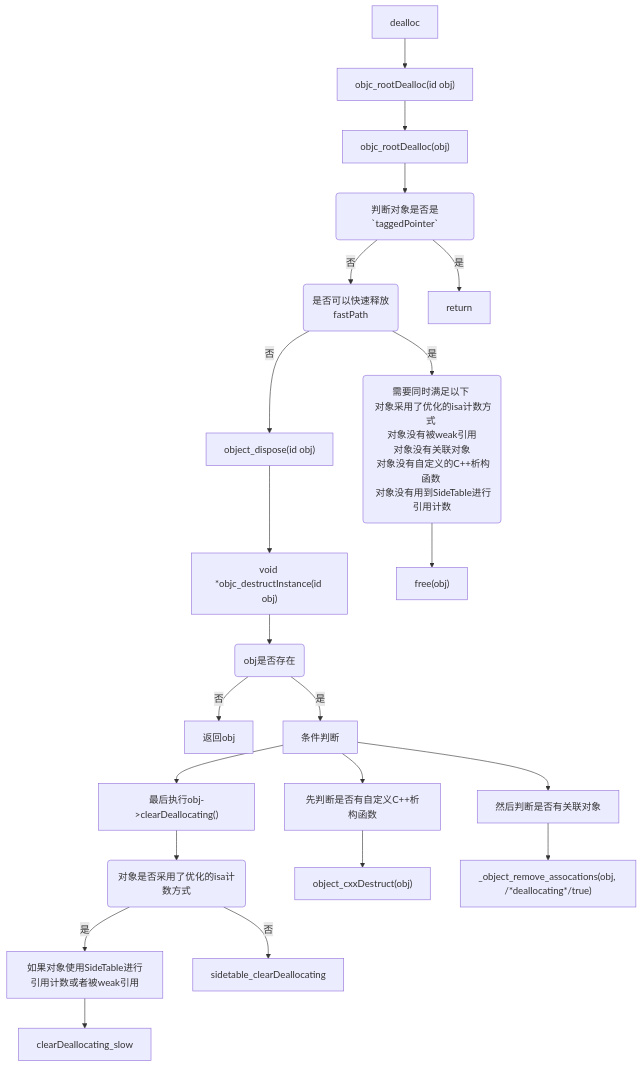
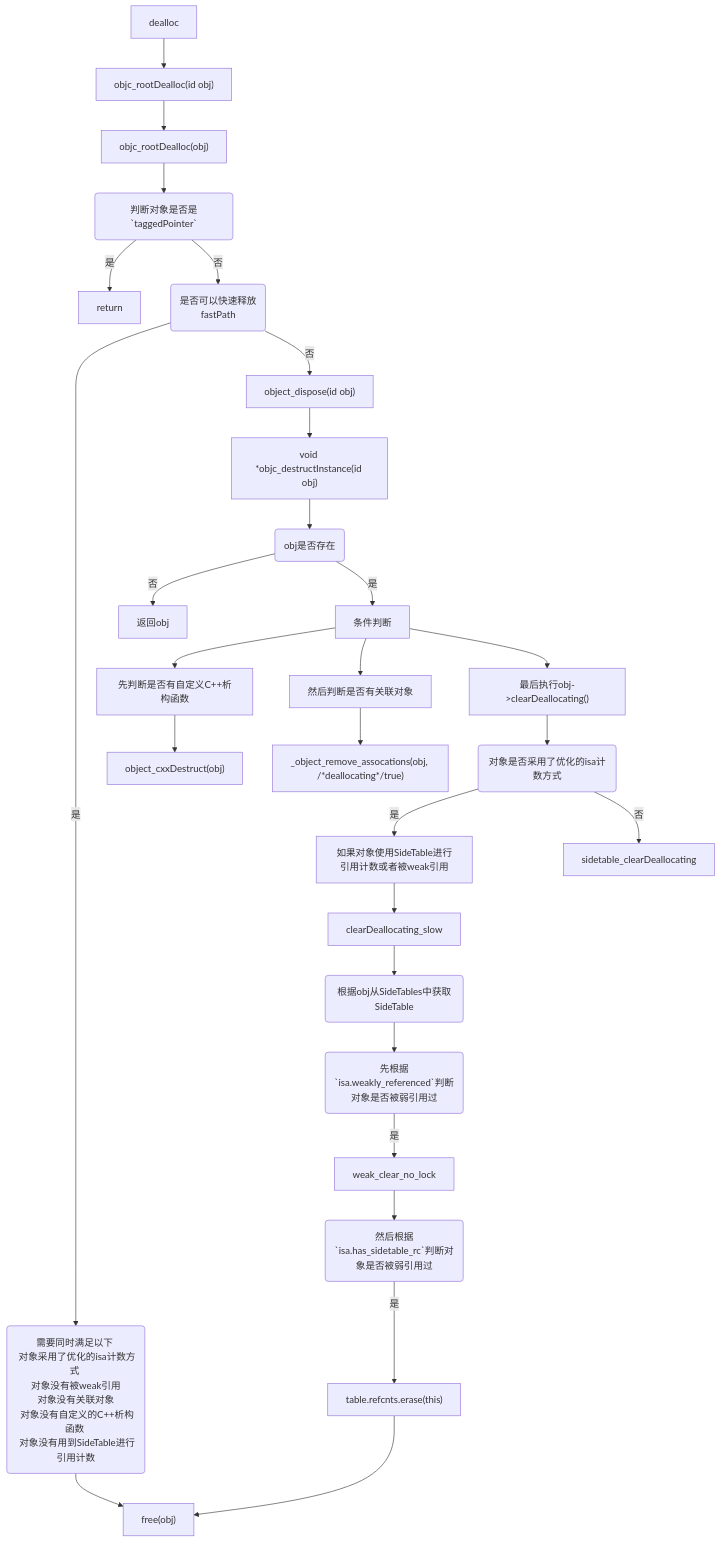
Before and after one commit to i-stack/STSourceCodeProject: the diagram in Blogs/iOS/08-dealloc 探究.md, drawn with Mermaid.

Commit message:
Update 08-dealloc 探究.md

````diff
--- a/Blogs/iOS/08-dealloc 探究.md
+++ b/Blogs/iOS/08-dealloc 探究.md
@@ -95,27 +95,32 @@
 ```mermaid
 graph TD
 
 _objc_rootDealloc["objc_rootDealloc(id obj)"]
 objc_rootDealloc["objc_rootDealloc(obj)"]
 isTaggedPointer(判断对象是否是`taggedPointer`)
 isFastPath(是否可以快速释放<br/>fastPath)
 fastPath(需要同时满足以下 <br/> 对象采用了优化的isa计数方式 <br/> 对象没有被weak引用 <br/> 对象没有关联对象 <br/> 对象没有自定义的C++析构函数 <br/> 对象没有用到SideTable进行引用计数)
 object_dispose["object_dispose(id obj)"]
 objc_destructInstance["void *objc_destructInstance(id obj)"]
 objcIsValid(obj是否存在)
 isNonpointer(对象是否采用了优化的isa计数方式)
+table.refcnts.erase["table.refcnts.erase(this)"]
+free["free(obj)"]
 
 dealloc-->_objc_rootDealloc-->objc_rootDealloc-->isTaggedPointer
 isTaggedPointer-->|是|return
 isTaggedPointer-->|否|isFastPath
-isFastPath-->|是|fastPath-->free["free(obj)"]
+isFastPath-->|是|fastPath-->free
 isFastPath-->|否|object_dispose-->objc_destructInstance-->objcIsValid
 objcIsValid-->|否|返回obj
 objcIsValid-->|是|条件判断
 
 条件判断-->先判断是否有自定义C++析构函数-->object_cxxDestruct["object_cxxDestruct(obj)"]
 条件判断-->然后判断是否有关联对象-->_object_remove_assocations["_object_remove_assocations(obj, /*deallocating*/true)"]
 条件判断-->clearDeallocating["最后执行obj->clearDeallocating()"]-->isNonpointer
-isNonpointer-->|是|如果对象使用SideTable进行引用计数或者被weak引用-->clearDeallocating_slow
+isNonpointer-->|是|如果对象使用SideTable进行引用计数或者被weak引用-->clearDeallocating_slow-->sideTable(根据obj从SideTables中获取SideTable)
 isNonpointer-->|否|sidetable_clearDeallocating
+
+sideTable-->weakly_referenced(先根据`isa.weakly_referenced`判断对象是否被弱引用过)-->|是|weak_clear_no_lock-->isa.has_sidetable_rc(然后根据`isa.has_sidetable_rc`判断对象是否被弱引用过)-->|是|table.refcnts.erase-->free
+
 ```
````
